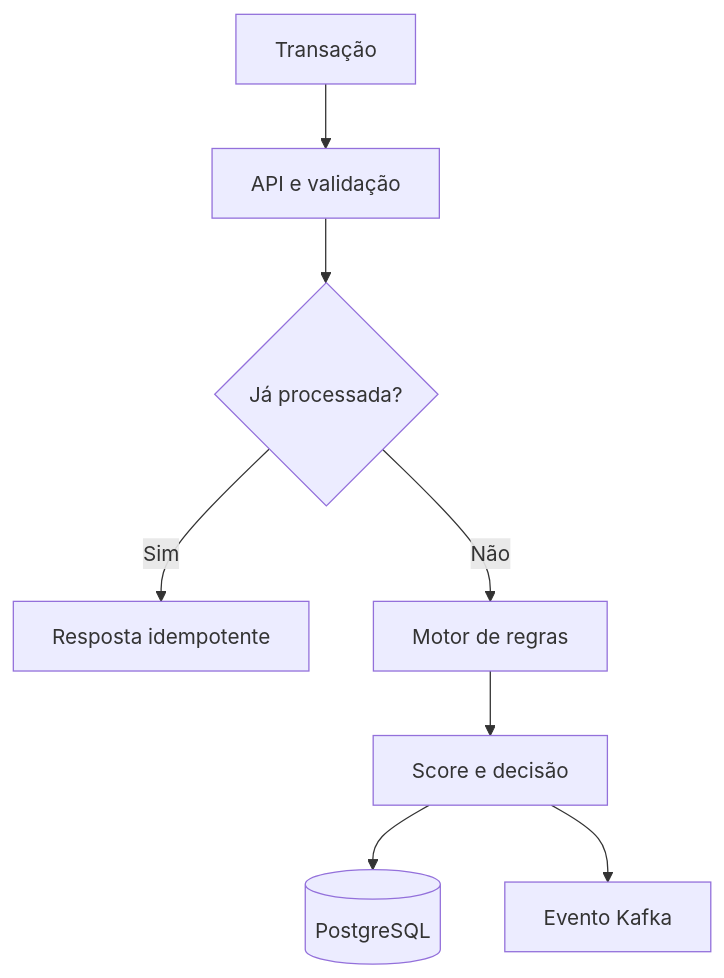
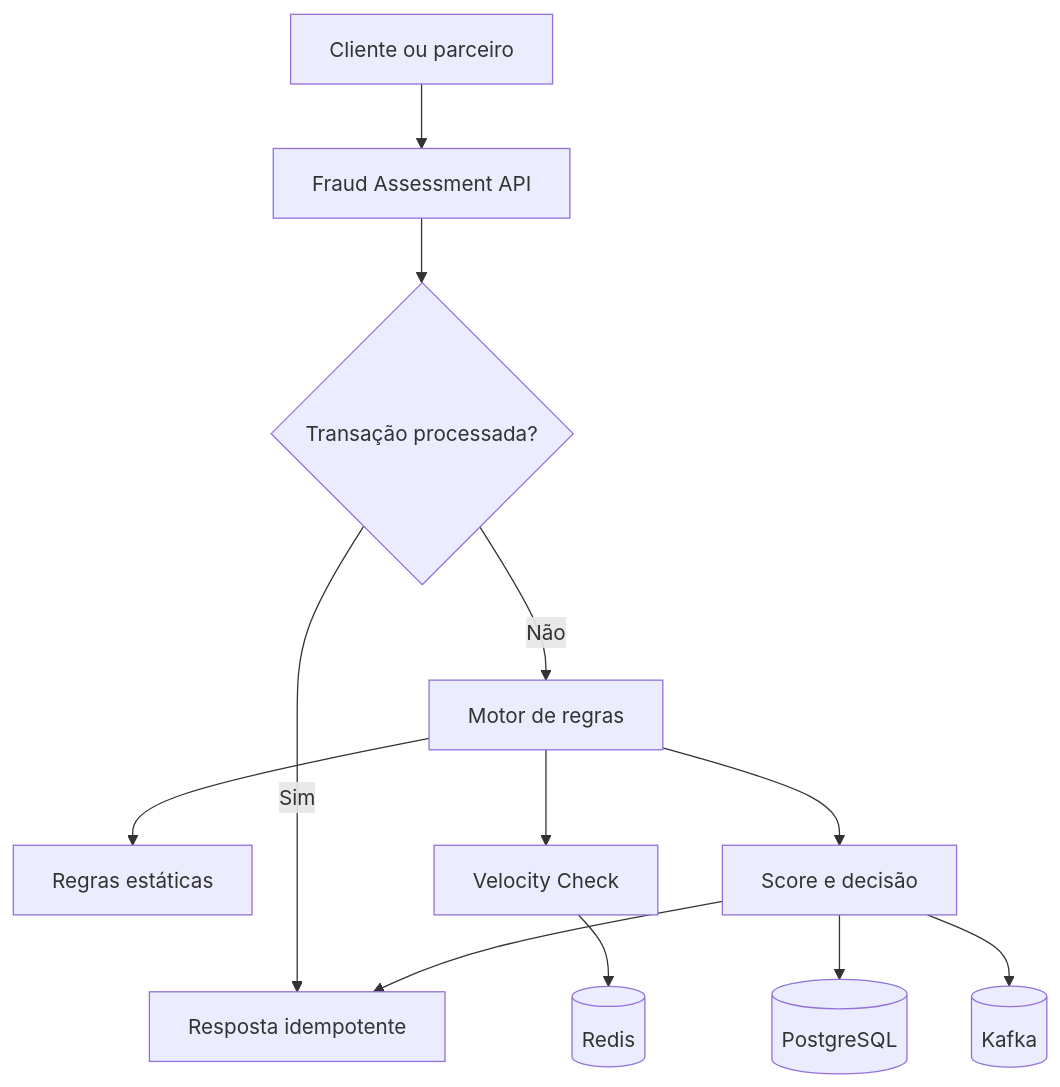
The diagram in README.md (juceliocoelho2022/sentinelfraud-platform), drawn with Mermaid before and after one commit. The commit also changed other lines of this file, not shown here.

````diff
--- a/README.md
+++ b/README.md
@@ -20,10 +46,14 @@
 ```mermaid
 flowchart TD
-  A[Transação] --> B[API e validação]
-  B --> C{Já processada?}
-  C -->|Sim| D[Resposta idempotente]
-  C -->|Não| E[Motor de regras]
-  E --> F[Score e decisão]
-  F --> G[(PostgreSQL)]
-  F --> H[Evento Kafka]
+    C[Cliente ou parceiro] --> API[Fraud Assessment API]
+    API --> ID{Transação processada?}
+    ID -->|Sim| RES[Resposta idempotente]
+    ID -->|Não| ENG[Motor de regras]
+    ENG --> STATIC[Regras estáticas]
+    ENG --> VEL[Velocity Check]
+    VEL --> REDIS[(Redis)]
+    ENG --> SCORE[Score e decisão]
+    SCORE --> PG[(PostgreSQL)]
+    SCORE --> KAFKA[(Kafka)]
+    SCORE --> RES
 ```
````
